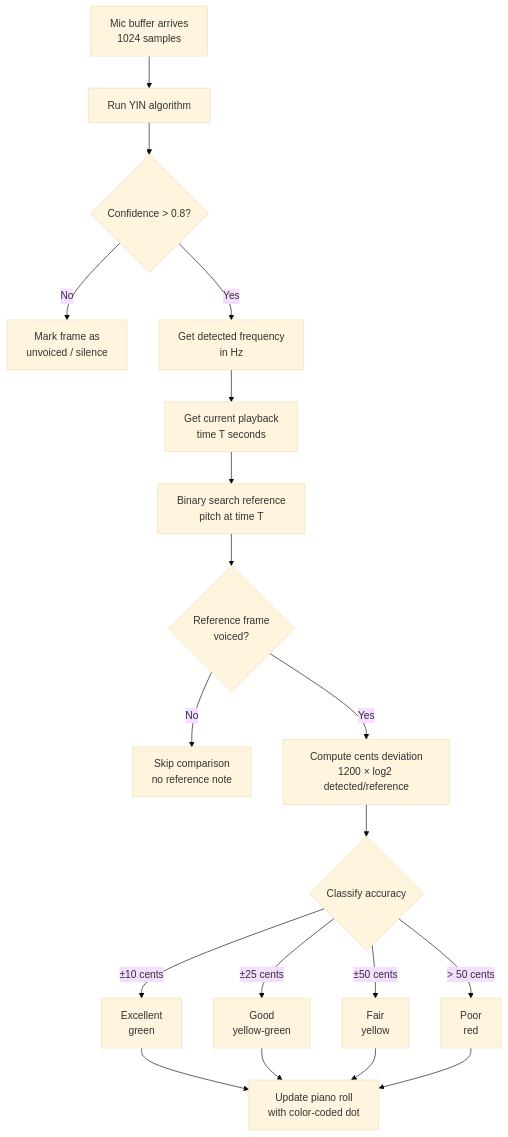
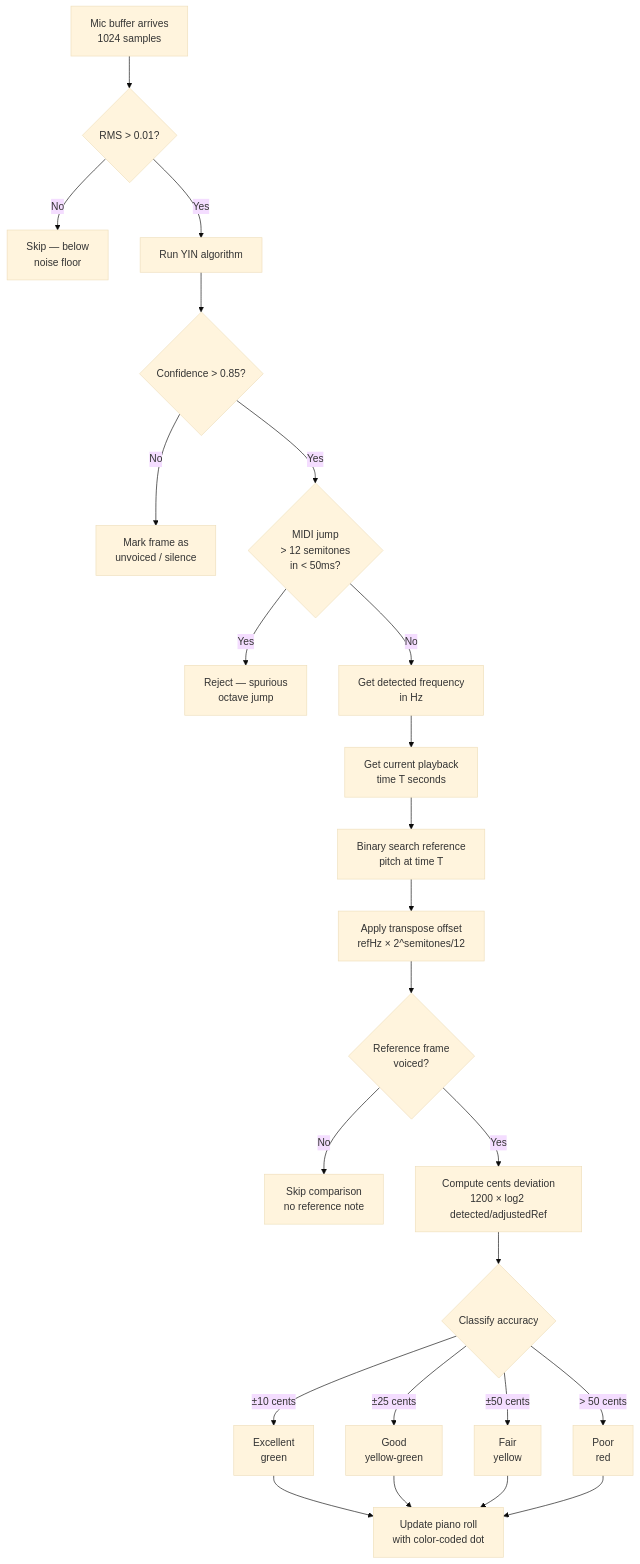
One commit to pawelgawliczek/intonavio changed the third of 4 diagrams in docs/06-realtime-pitch.md. Above: the diagram before and after it, drawn with Mermaid (base theme). The commit also changed other lines of this file and 53 other files, not shown here.

First line of the commit message:
Add iOS pitch detection, piano roll, echo cancellation, and reference transpose

````diff
--- a/docs/06-realtime-pitch.md
+++ b/docs/06-realtime-pitch.md
@@ -75,25 +100,30 @@
 ```mermaid
 flowchart TD
-    A[Mic buffer arrives<br/>1024 samples] --> B[Run YIN algorithm]
-    B --> C{Confidence > 0.8?}
-    C -->|No| D[Mark frame as<br/>unvoiced / silence]
-    C -->|Yes| E[Get detected frequency<br/>in Hz]
+    A[Mic buffer arrives<br/>1024 samples] --> A1{RMS > 0.01?}
+    A1 -->|No| D[Skip — below<br/>noise floor]
+    A1 -->|Yes| B[Run YIN algorithm]
+    B --> C{Confidence > 0.85?}
+    C -->|No| D2[Mark frame as<br/>unvoiced / silence]
+    C -->|Yes| C2{MIDI jump<br/>> 12 semitones<br/>in < 50ms?}
+    C2 -->|Yes| D3[Reject — spurious<br/>octave jump]
+    C2 -->|No| E[Get detected frequency<br/>in Hz]
 
     E --> F[Get current playback<br/>time T seconds]
     F --> G[Binary search reference<br/>pitch at time T]
-    G --> H{Reference frame<br/>voiced?}
+    G --> G2[Apply transpose offset<br/>refHz × 2^semitones/12]
+    G2 --> H{Reference frame<br/>voiced?}
 
     H -->|No| I[Skip comparison<br/>no reference note]
-    H -->|Yes| J[Compute cents deviation<br/>1200 × log2 detected/reference]
+    H -->|Yes| J[Compute cents deviation<br/>1200 × log2 detected/adjustedRef]
 
     J --> K{Classify accuracy}
     K -->|±10 cents| L[Excellent<br/>green]
     K -->|±25 cents| M[Good<br/>yellow-green]
     K -->|±50 cents| N[Fair<br/>yellow]
     K -->|> 50 cents| O[Poor<br/>red]
 
     L --> P[Update piano roll<br/>with color-coded dot]
     M --> P
     N --> P
     O --> P
 ```
````
